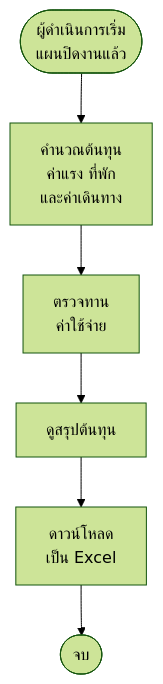
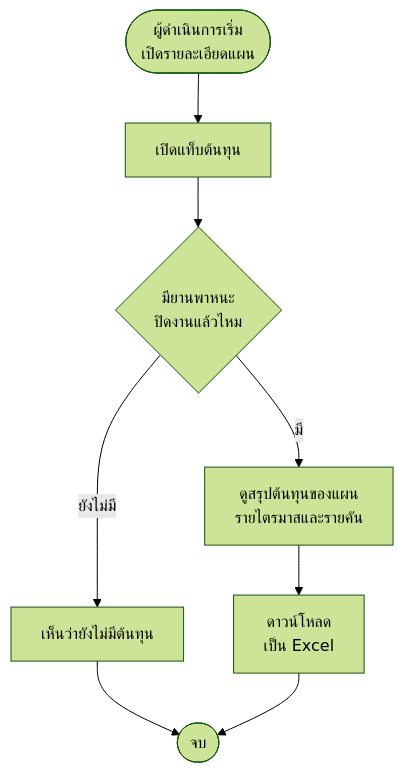
Diagram 16 of 17 in Diagram/01-บำรุงรักษาตามวาระ/27-บำรุงรักษา-flowchart-กิจกรรม.md (anugmail/Maintenance-Request-Form), drawn with Mermaid (forest theme) before and after one commit. The commit also changed other lines of this file and 2 other files, not shown here.

Commit message:
บำรุงรักษา: S18 ต้นทุน เจ้าของงานเคาะ 12 ข้อ — แท็บต้นทุนในหน้ารายละเอียดแผน · เฉพาะงานที่ทำเอง (แผนจ้างไม่แสดง) · อะไหล่ใช้จริง · เบี้ยเลี้ยง + ชั่วโมงทำงาน × อัตราที่กรอกตอนปิดงาน · คันที่ทำไม่ได้แยกบรรทัด · ศูนย์ต้นทุนรายคัน · สรุปตามแผน · ต่อคัน · ไม่มีกราฟ · "1,200 บาท" · การมองเห็นแบบ S4 · ผังไฟล์ 14 27

````diff
--- a/Diagram/01-บำรุงรักษาตามวาระ/27-บำรุงรักษา-flowchart-กิจกรรม.md
+++ b/Diagram/01-บำรุงรักษาตามวาระ/27-บำรุงรักษา-flowchart-กิจกรรม.md
@@ -352,8 +352,10 @@
 ```mermaid
 flowchart TD
-    S(["ผู้ดำเนินการเริ่ม<br/>แผนปิดงานแล้ว"]) --> A1["คำนวณต้นทุน<br/>ค่าแรง ที่พัก<br/>และค่าเดินทาง"]
-    A1 --> A2["ตรวจทาน<br/>ค่าใช้จ่าย"]
-    A2 --> A3["ดูสรุปต้นทุน"]
-    A3 --> A4["ดาวน์โหลด<br/>เป็น Excel"]
-    A4 --> E(["จบ"])
+    S(["ผู้ดำเนินการเริ่ม<br/>เปิดรายละเอียดแผน"]) --> A1["เปิดแท็บต้นทุน"]
+    A1 --> D1{"มียานพาหนะ<br/>ปิดงานแล้วไหม"}
+    D1 -->|"ยังไม่มี"| A0["เห็นว่ายังไม่มีต้นทุน"]
+    A0 --> E(["จบ"])
+    D1 -->|"มี"| A2["ดูสรุปต้นทุนของแผน<br/>รายไตรมาสและรายคัน"]
+    A2 --> A3["ดาวน์โหลด<br/>เป็น Excel"]
+    A3 --> E
 ```
````
